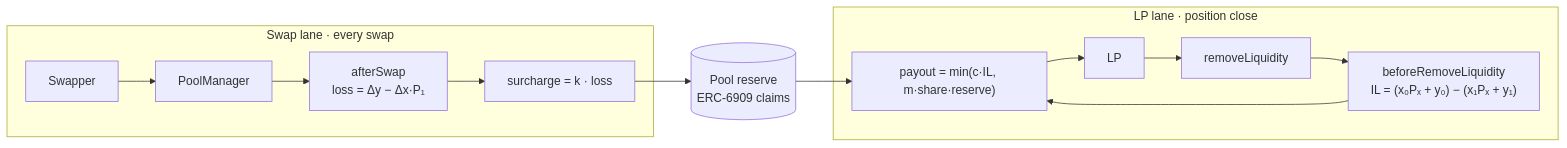
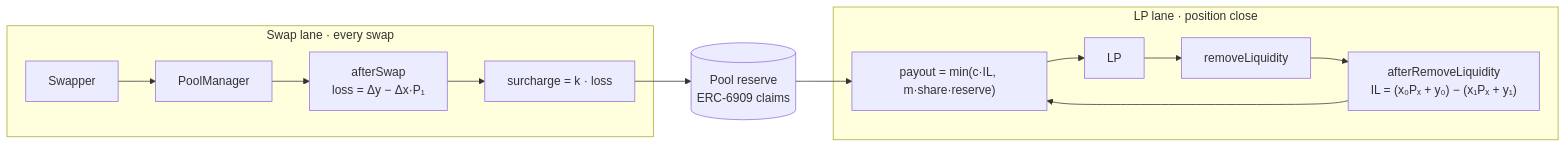
Before and after one commit to eabz/ballast: the diagram in docs/02-mechanism.md, drawn with Mermaid. The commit also changed other lines of this file and 87 other files, not shown here.

````diff
--- a/docs/02-mechanism.md
+++ b/docs/02-mechanism.md
@@ -5,16 +5,16 @@
 ```mermaid
 flowchart LR
     subgraph swap["Swap lane · every swap"]
         S[Swapper] --> PM[PoolManager]
         PM --> AS["afterSwap<br/>loss = Δy − Δx·P₁"]
         AS --> SUR["surcharge = k · loss"]
     end
     SUR --> R[("Pool reserve<br/>ERC-6909 claims")]
     subgraph lp["LP lane · position close"]
         LP[LP] --> RM[removeLiquidity]
-        RM --> BR["beforeRemoveLiquidity<br/>IL = (x₀Pₓ + y₀) − (x₁Pₓ + y₁)"]
+        RM --> BR["afterRemoveLiquidity<br/>IL = (x₀Pₓ + y₀) − (x₁Pₓ + y₁)"]
         BR --> PAY["payout = min(c·IL, m·share·reserve)"]
     end
     R --> PAY
     PAY --> LP
 ```
````
